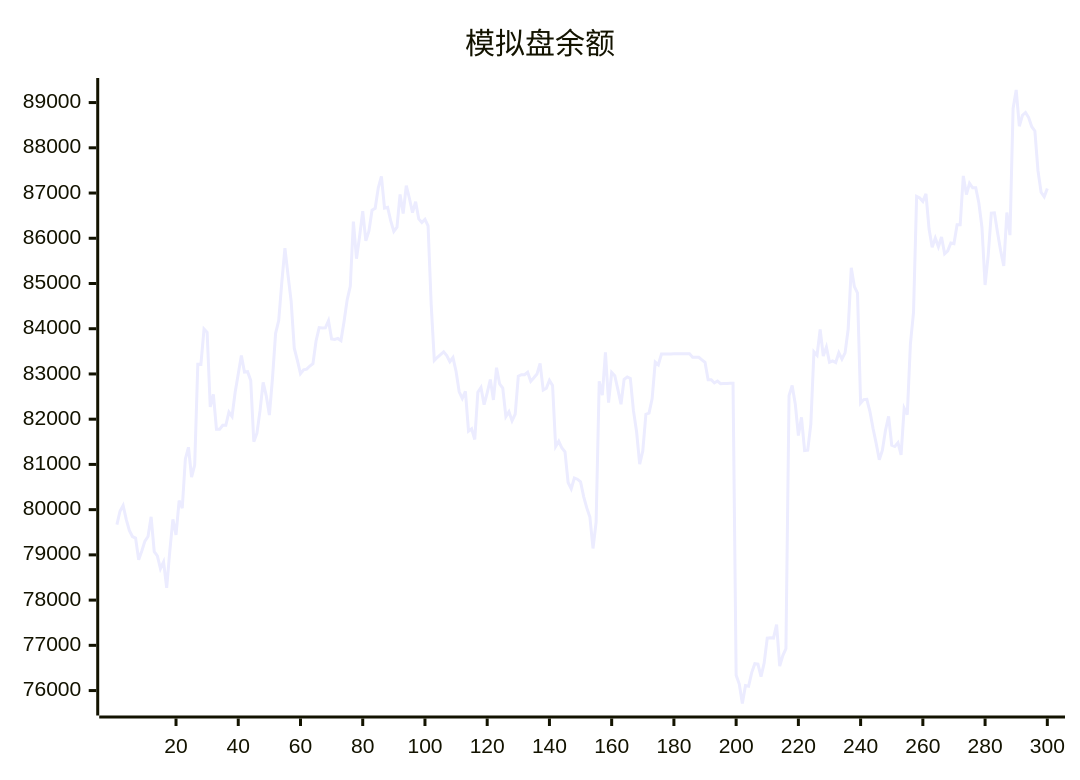
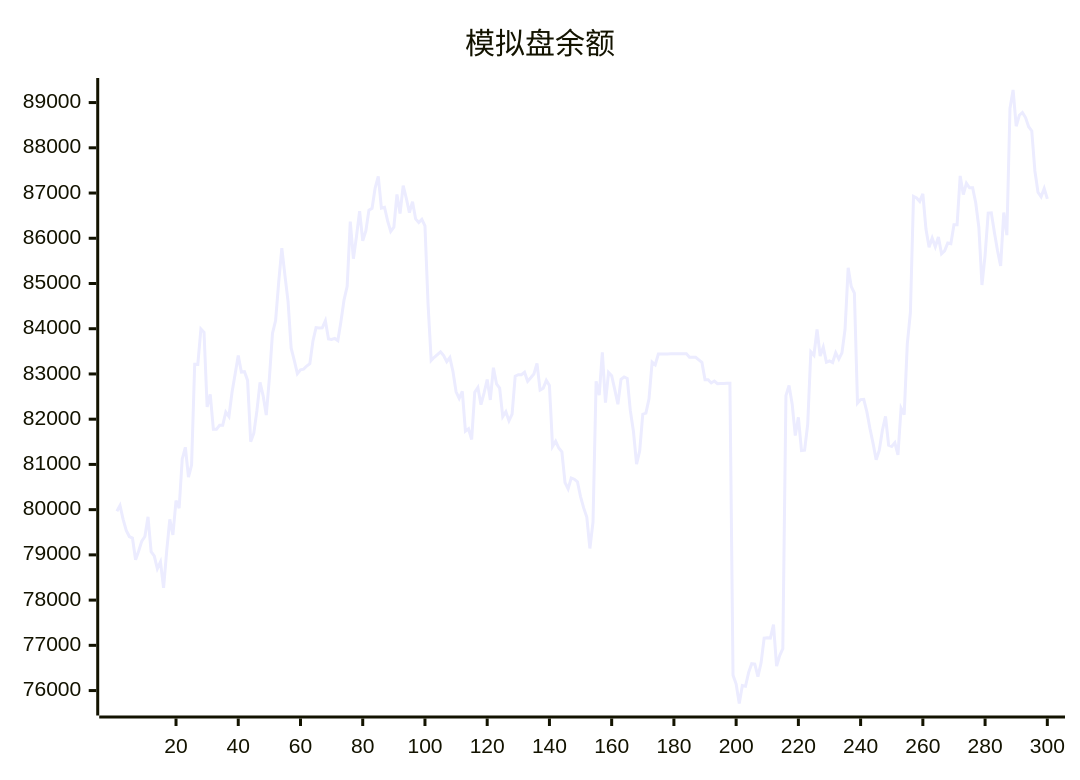
The diagram in README.md (aahl/ai-trading), drawn with Mermaid before and after one commit. The commit also changed other lines of this file and 1 other file, not shown here.

````diff
--- a/README.md
+++ b/README.md
@@ -5,5 +5,5 @@
 ```mermaid
 xychart
     title "模拟盘余额"
-    line [79670,79965,80093,79786,79542,79406,79371,78893,79087,79304,79406,79841,79072,78978,78696,78846,78272,79085,79787,79442,80198,80031,81120,81379,80718,80985,83214,83212,83993,83921,82270,82547,81776,81776,81866,81866,82158,82061,82596,83000,83408,83041,83050,82858,81503,81691,82188,82812,82517,82092,82901,83898,84180,85030,85781,85178,84604,83569,83298,83008,83093,83107,83175,83228,83729,84025,84017,84019,84177,83775,83762,83785,83738,84160,84639,84939,86370,85548,86046,86599,85942,86161,86622,86664,87115,87369,86666,86685,86384,86152,86243,86969,86548,87164,86885,86566,86809,86427,86348,86417,86273,84538,83299,83369,83430,83490,83404,83270,83362,83056,82605,82459,82614,81734,81788,81551,82598,82702,82320,82580,82878,82426,83139,82778,82686,82056,82166,81963,82110,82951,82983,82984,83038,82838,82915,82998,83235,82642,82682,82858,82746,81396,81512,81362,81277,80600,80461,80699,80673,80616,80288,80038,79836,79142,79722,82837,82533,83480,82366,83032,82960,82654,82330,82883,82934,82901,82188,81728,81005,81298,82110,82135,82449,83264,83203,83440,83439,83440,83440,83446,83447,83448,83447,83448,83449,83369,83369,83369,83313,83256,82872,82873,82801,82844,82785,82791,82791,82793,82794,76339,76145,75714,76110,76096,76397,76594,76585,76310,76607,77160,77170,77160,77456,76541,76774,76927,82520,82744,82337,81639,82040,81307,81314,81887,83490,83414,83984,83396,83594,83261,83287,83253,83470,83327,83465,83987,85348,84930,84786,82355,82433,82438,82167,81795,81466,81105,81315,81756,82064,81426,81398,81481,81210,82242,82099,83658,84359,86925,86892,86814,86980,86203,85802,86003,85811,86028,85657,85721,85896,85880,86300,86299,87378,86965,87214,87115,87118,86780,86238,84966,85623,86555,86562,86129,85722,85387,86569,86070,88870,89278,88477,88720,88781,88668,88467,88372,87493,87018,86917,87102]
+    line [79965,80093,79786,79542,79406,79371,78893,79087,79304,79406,79841,79072,78978,78696,78846,78272,79085,79787,79442,80198,80031,81120,81379,80718,80985,83214,83212,83993,83921,82270,82547,81776,81776,81866,81866,82158,82061,82596,83000,83408,83041,83050,82858,81503,81691,82188,82812,82517,82092,82901,83898,84180,85030,85781,85178,84604,83569,83298,83008,83093,83107,83175,83228,83729,84025,84017,84019,84177,83775,83762,83785,83738,84160,84639,84939,86370,85548,86046,86599,85942,86161,86622,86664,87115,87369,86666,86685,86384,86152,86243,86969,86548,87164,86885,86566,86809,86427,86348,86417,86273,84538,83299,83369,83430,83490,83404,83270,83362,83056,82605,82459,82614,81734,81788,81551,82598,82702,82320,82580,82878,82426,83139,82778,82686,82056,82166,81963,82110,82951,82983,82984,83038,82838,82915,82998,83235,82642,82682,82858,82746,81396,81512,81362,81277,80600,80461,80699,80673,80616,80288,80038,79836,79142,79722,82837,82533,83480,82366,83032,82960,82654,82330,82883,82934,82901,82188,81728,81005,81298,82110,82135,82449,83264,83203,83440,83439,83440,83440,83446,83447,83448,83447,83448,83449,83369,83369,83369,83313,83256,82872,82873,82801,82844,82785,82791,82791,82793,82794,76339,76145,75714,76110,76096,76397,76594,76585,76310,76607,77160,77170,77160,77456,76541,76774,76927,82520,82744,82337,81639,82040,81307,81314,81887,83490,83414,83984,83396,83594,83261,83287,83253,83470,83327,83465,83987,85348,84930,84786,82355,82433,82438,82167,81795,81466,81105,81315,81756,82064,81426,81398,81481,81210,82242,82099,83658,84359,86925,86892,86814,86980,86203,85802,86003,85811,86028,85657,85721,85896,85880,86300,86299,87378,86965,87214,87115,87118,86780,86238,84966,85623,86555,86562,86129,85722,85387,86569,86070,88870,89278,88477,88720,88781,88668,88467,88372,87493,87018,86917,87102,86870]
 ```
````
